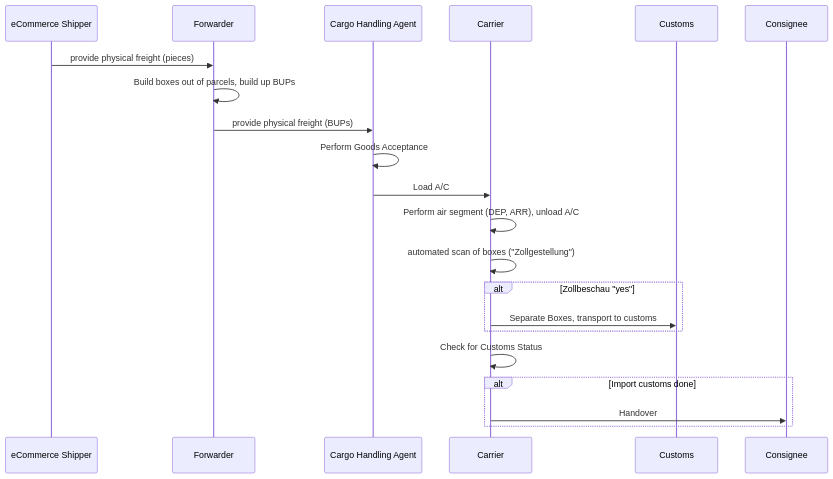
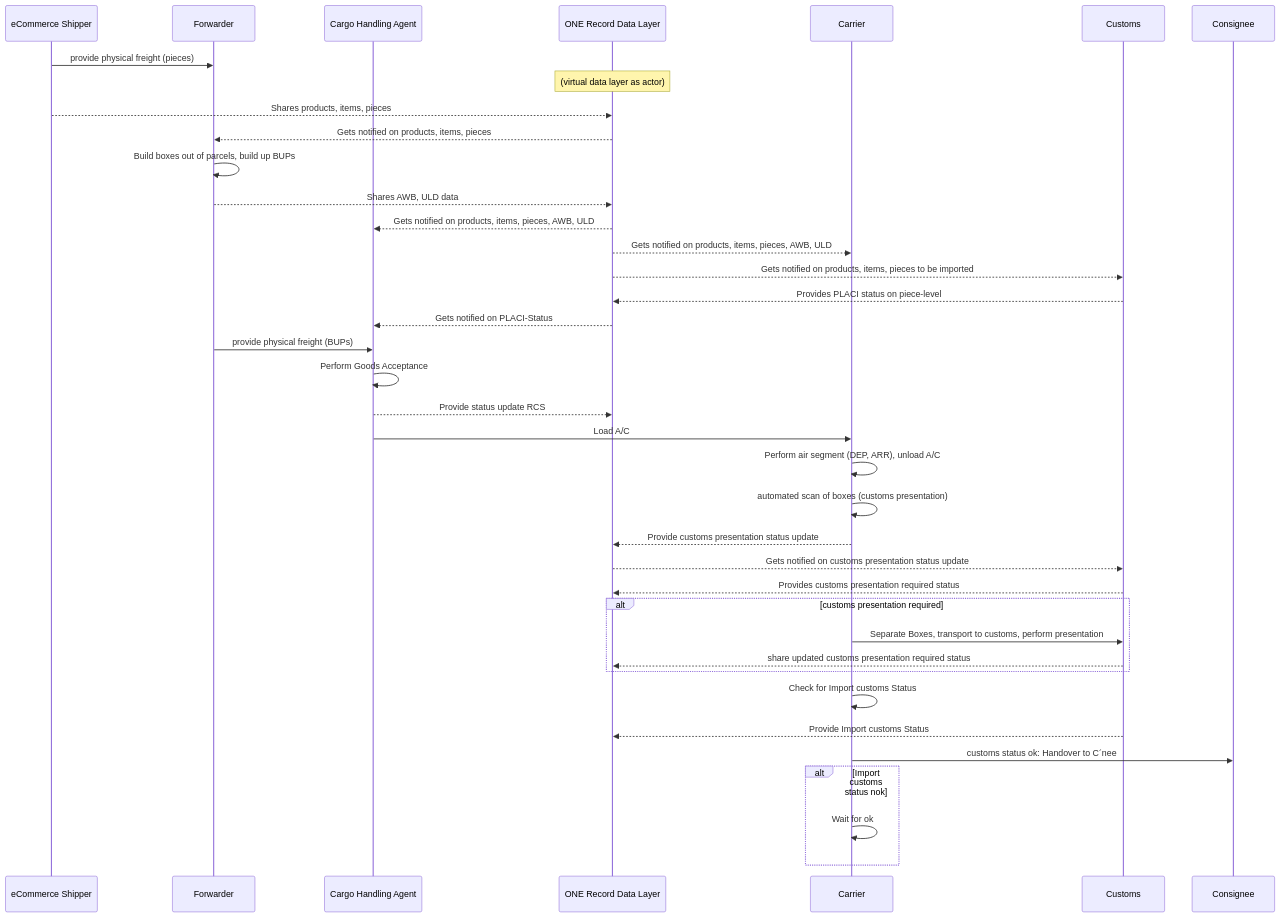
Before and after one commit to digital-cargo/good-practice-eCommerce: the diagram in README.md, drawn with Mermaid. The commit also changed other lines of this file, not shown here.

````diff
--- a/README.md
+++ b/README.md
@@ -180,26 +180,44 @@
 ```mermaid
 sequenceDiagram
 	
     participant eCommerce Shipper
     participant Forwarder
     participant Cargo Handling Agent 
+    participant ONE Record Data Layer
     participant Carrier 
     participant Customs
     participant Consignee
 
 	 eCommerce Shipper->> Forwarder: provide physical freight (pieces)
+	 Note over ONE Record Data Layer: (virtual data layer as actor) 
+	 eCommerce Shipper-->> ONE Record Data Layer: Shares products, items, pieces
+	 ONE Record Data Layer-->>	Forwarder: Gets notified on products, items, pieces 
 	 Forwarder->> Forwarder: Build boxes out of parcels, build up BUPs
+	 Forwarder-->> ONE Record Data Layer: Shares AWB, ULD data
+	 ONE Record Data Layer-->>	Cargo Handling Agent: Gets notified on products, items, pieces, AWB, ULD
+	 ONE Record Data Layer-->>	Carrier: Gets notified on products, items, pieces, AWB, ULD
+	 ONE Record Data Layer-->>	Customs: Gets notified on products, items, pieces to be imported
+	 Customs-->>ONE Record Data Layer: Provides PLACI status on piece-level
+	 ONE Record Data Layer-->>	Cargo Handling Agent: Gets notified on PLACI-Status
 	 Forwarder->> Cargo Handling Agent: provide physical freight (BUPs)
 	 Cargo Handling Agent->> Cargo Handling Agent: Perform Goods Acceptance
+	 Cargo Handling Agent-->>ONE Record Data Layer: Provide status update RCS
 	 Cargo Handling Agent->>Carrier: Load A/C
 	 Carrier->>Carrier: Perform air segment (DEP, ARR), unload A/C
-	 Carrier->>Carrier: automated scan of boxes ("Zollgestellung")
-	 alt Zollbeschau "yes"
-		Carrier->>Customs: Separate Boxes, transport to customs
+#	 Carrier-->>ONE Record Data Layer: Provide status update DEP, ARR
+	 Carrier->>Carrier: automated scan of boxes (customs presentation)
+	 Carrier-->>ONE Record Data Layer: Provide customs presentation status update
+	 ONE Record Data Layer-->>Customs: Gets notified on customs presentation status update
+	 Customs-->>ONE Record Data Layer: Provides customs presentation required status 
+	 alt customs presentation required
+		Carrier->>Customs: Separate Boxes, transport to customs, perform presentation
+		Customs-->>ONE Record Data Layer: share updated customs presentation required status
 	 	end
-    Carrier->>Carrier: Check for Customs Status
-    alt Import customs done
-	   Carrier->>Consignee: Handover
+    Carrier->>Carrier: Check for Import customs Status
+    Customs-->>ONE Record Data Layer: Provide Import customs Status
+    Carrier->>Consignee: customs status ok: Handover to C´nee
+    alt Import customs status nok
+	   Carrier->>Carrier: Wait for ok
     end
 	 
 ```
````
